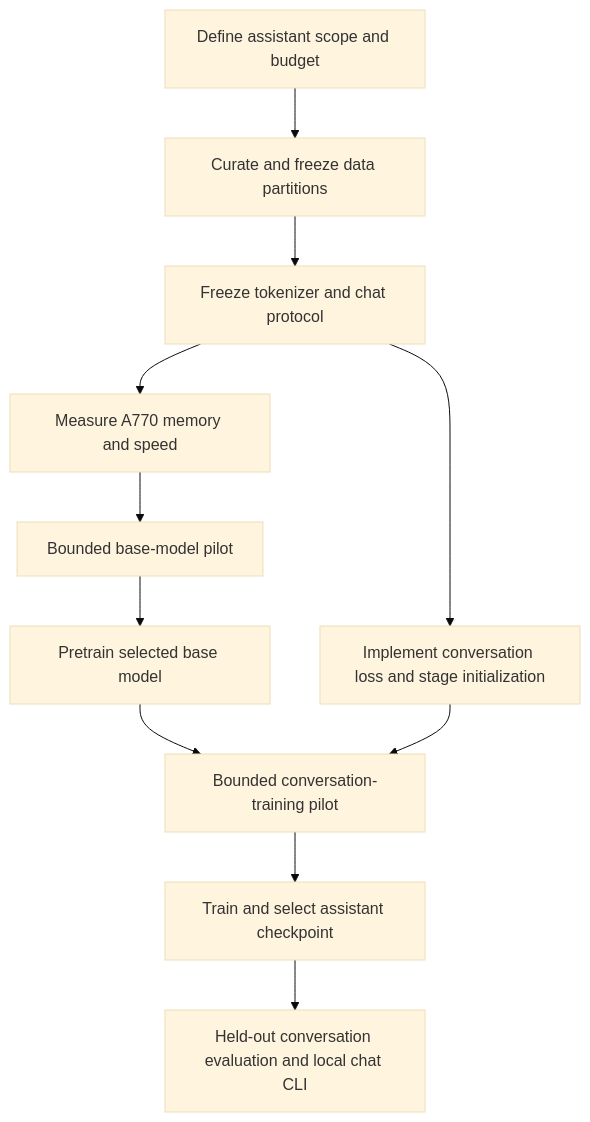
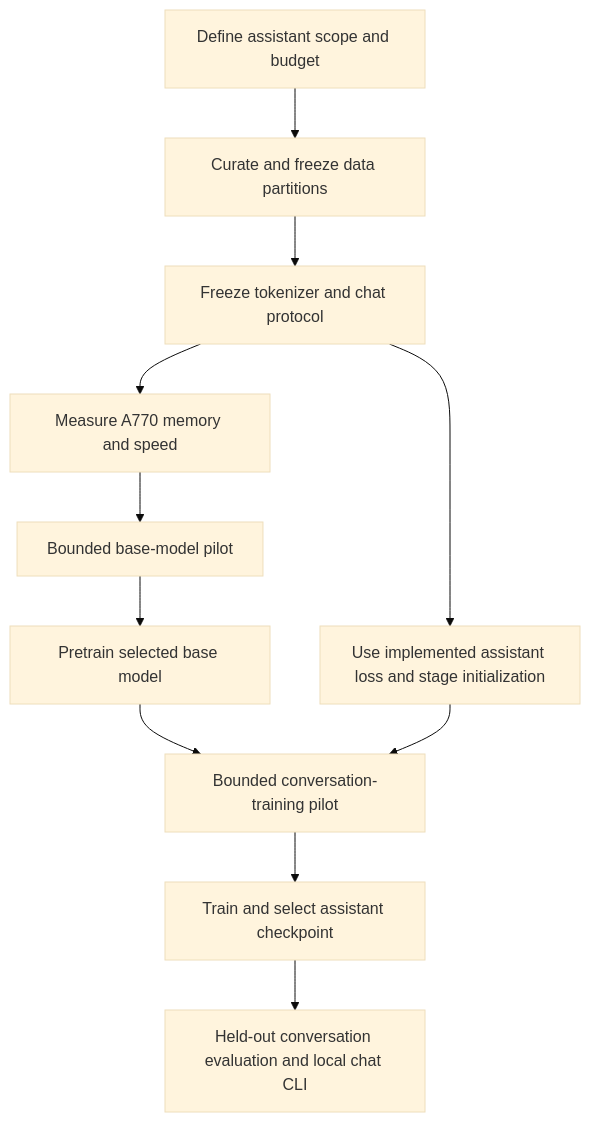
One commit to jackrizza/omega changed the diagram in zero-to-hero.md. Above: the diagram before and after it, drawn with Mermaid (base theme). The commit also changed other lines of this file and 65 other files, not shown here.

````diff
--- a/zero-to-hero.md
+++ b/zero-to-hero.md
@@ -39,13 +53,13 @@
 ```mermaid
 flowchart TD
     A[Define assistant scope and budget] --> B[Curate and freeze data partitions]
     B --> C[Freeze tokenizer and chat protocol]
     C --> D[Measure A770 memory and speed]
     D --> E[Bounded base-model pilot]
     E --> F[Pretrain selected base model]
-    C --> G[Implement conversation loss and stage initialization]
+    C --> G[Use implemented assistant loss and stage initialization]
     F --> H[Bounded conversation-training pilot]
     G --> H
     H --> I[Train and select assistant checkpoint]
     I --> J[Held-out conversation evaluation and local chat CLI]
 ```
````
